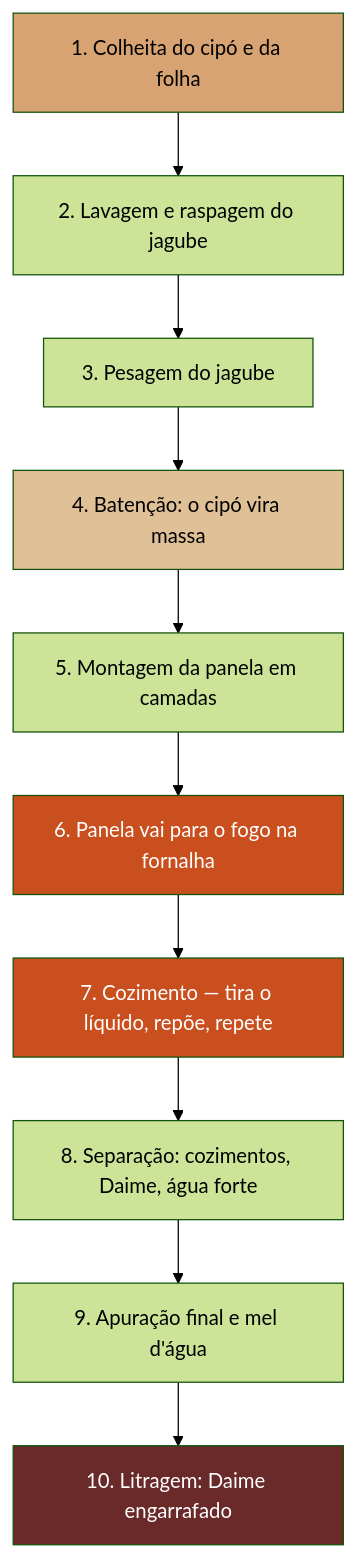
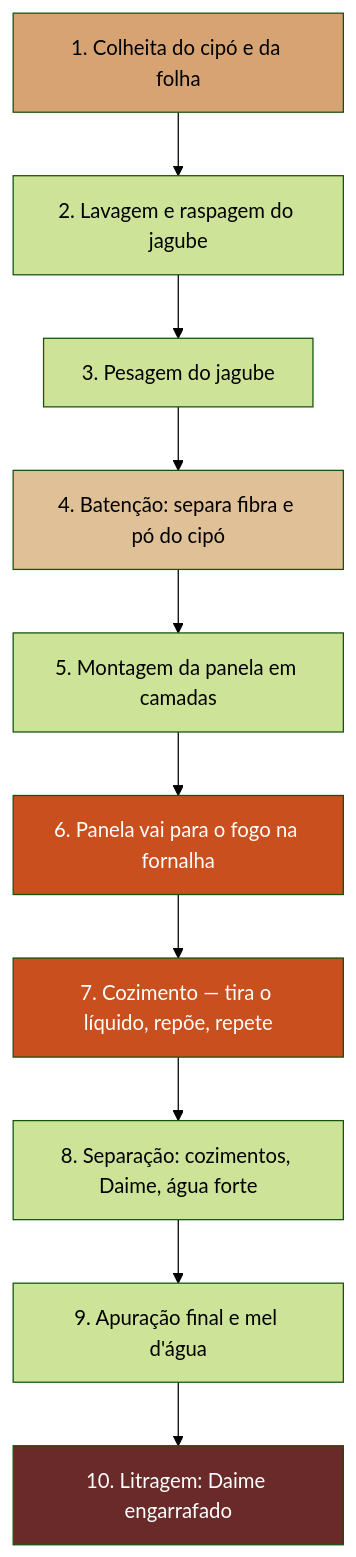
The third of 15 diagrams in projeto/tutorial-producao-daime.md (nitaibezerra/gestao-feitio), drawn with Mermaid (forest theme) before and after one commit. The commit also changed other lines of this file and 2 other files, not shown here.

````diff
--- a/projeto/tutorial-producao-daime.md
+++ b/projeto/tutorial-producao-daime.md
@@ -97,18 +101,18 @@
 ```mermaid
 flowchart TD
     A[1. Colheita do cipó e da folha] --> B[2. Lavagem e raspagem do jagube]
     B --> C[3. Pesagem do jagube]
-    C --> D[4. Batenção: o cipó vira massa]
+    C --> D[4. Batenção: separa fibra e pó do cipó]
     D --> E[5. Montagem da panela em camadas]
     E --> F[6. Panela vai para o fogo na fornalha]
     F --> G[7. Cozimento — tira o líquido, repõe, repete]
     G --> H[8. Separação: cozimentos, Daime, água forte]
     H --> I[9. Apuração final e mel d'água]
     I --> J[10. Litragem: Daime engarrafado]
 
     style A fill:#d8a373
     style D fill:#e0c097
     style F fill:#c94f1e,color:#fff
     style G fill:#c94f1e,color:#fff
     style J fill:#6b2a2a,color:#fff
 ```
````
